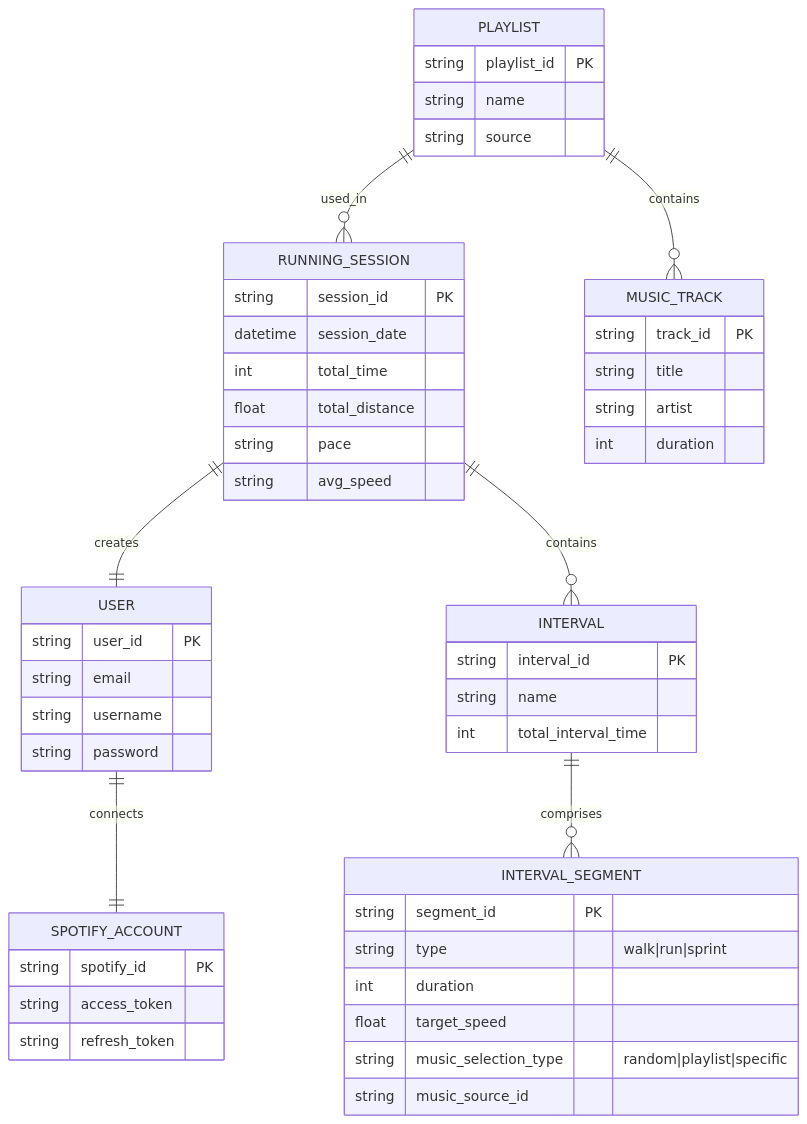
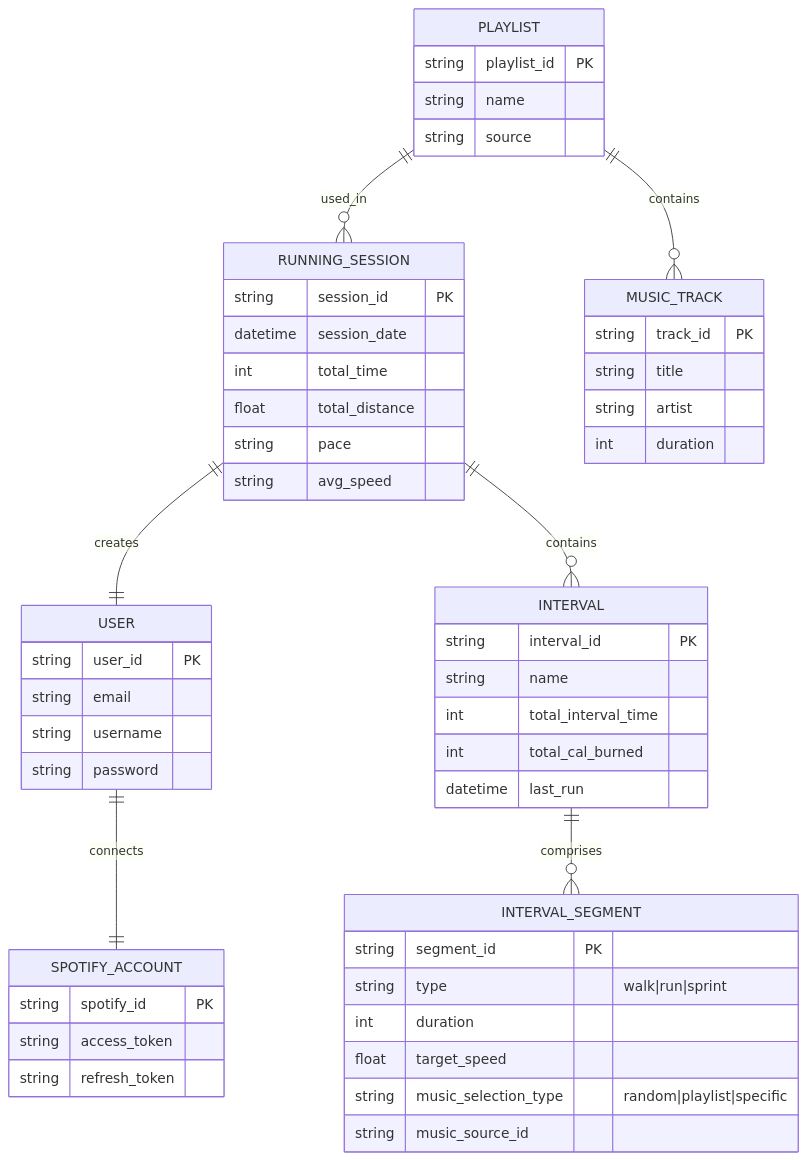
Before and after one commit to 3veryDay/A_game: the diagram in DESIGN/database/ER diagram.mermaid, drawn with Mermaid.

Commit message:
Update ER diagram.mermaid

```diff
--- a/DESIGN/database/ER diagram.mermaid
+++ b/DESIGN/database/ER diagram.mermaid
@@ -1,57 +1,59 @@
 erDiagram
     USER ||--|| SPOTIFY_ACCOUNT : connects
     USER {
         string user_id PK
         string email
         string username
         string password
     }
     
     SPOTIFY_ACCOUNT {
         string spotify_id PK
         string access_token
         string refresh_token
     }
     
     RUNNING_SESSION ||--|| USER : creates
     RUNNING_SESSION {
         string session_id PK
         datetime session_date
         int total_time
         float total_distance
         string pace
         string avg_speed
     }
     
     RUNNING_SESSION ||--o{ INTERVAL : contains
     INTERVAL {
         string interval_id PK
         string name
         int total_interval_time
+        int total_cal_burned 
+        datetime last_run
     }
     
     INTERVAL ||--o{ INTERVAL_SEGMENT : comprises
     INTERVAL_SEGMENT {
         string segment_id PK
         string type "walk|run|sprint"
         int duration
         float target_speed
         string music_selection_type "random|playlist|specific"
         string music_source_id
     }
     
     PLAYLIST ||--o{ RUNNING_SESSION : used_in
     PLAYLIST {
         string playlist_id PK
         string name
         string source
     }
     
     MUSIC_TRACK {
         string track_id PK
         string title
         string artist
         int duration
     }
     
     PLAYLIST ||--o{ MUSIC_TRACK : contains
```
